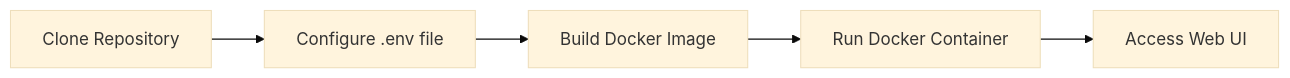
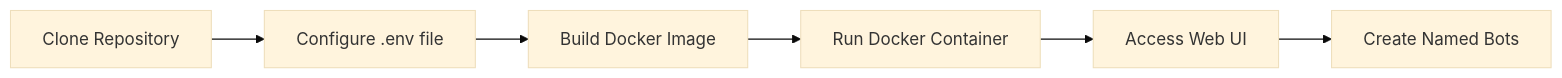
The fifth of 8 diagrams in docs/DOCUMENTATION.md (jaskaran-online/USA-VISA-Bot), drawn with Mermaid (base theme) before and after one commit. The commit also changed other lines of this file and 6 other files, not shown here.

````diff
--- a/docs/DOCUMENTATION.md
+++ b/docs/DOCUMENTATION.md
@@ -167,7 +198,8 @@
 ```mermaid
 flowchart LR
     A[Clone Repository] --> B[Configure .env file]
     B --> C[Build Docker Image]
     C --> D[Run Docker Container]
     D --> E[Access Web UI]
+    E --> F[Create Named Bots]
 ```
````
